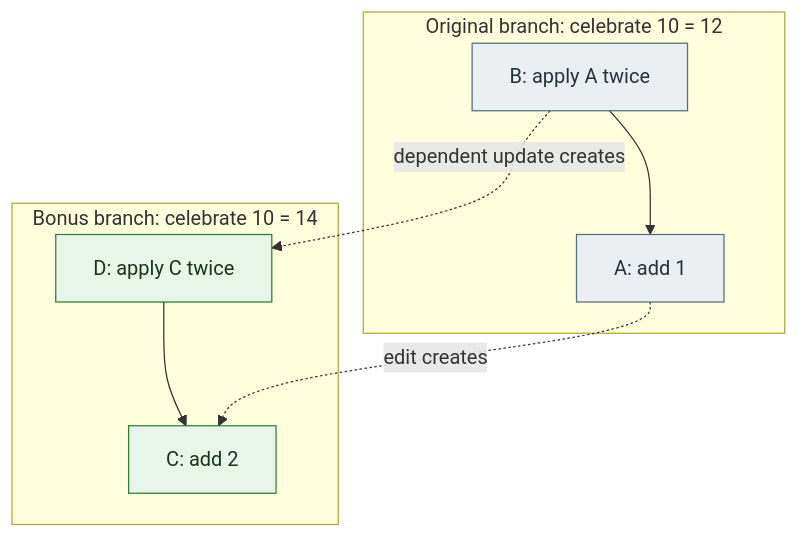
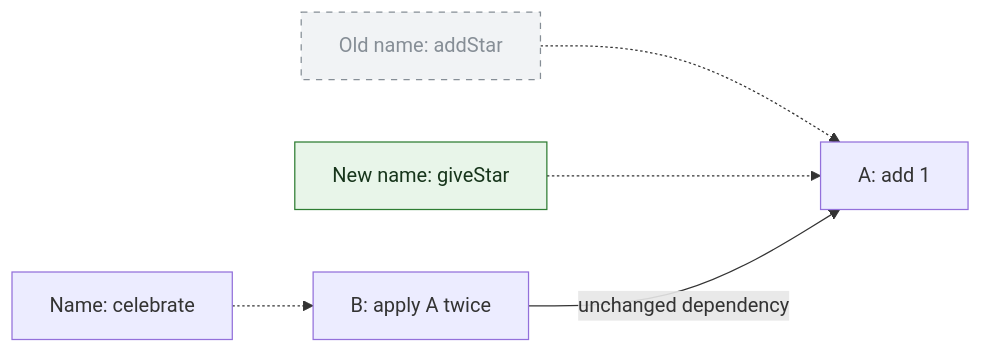
Before and after one commit to conikeec/learn_you_unison: the fourth of 4 diagrams in docs/01-code-that-knows-its-own-name.md, drawn with Mermaid. The commit also changed other lines of this file and 11 other files, not shown here.

````diff
--- a/docs/01-code-that-knows-its-own-name.md
+++ b/docs/01-code-that-knows-its-own-name.md
@@ -121,15 +384,9 @@
 ```mermaid
-flowchart TB
-  subgraph OLD["Original branch: celebrate 10 = 12"]
-    B["B: apply A twice"] --> A["A: add 1"]
-  end
-  subgraph NEW["Bonus branch: celebrate 10 = 14"]
-    D["D: apply C twice"] --> C["C: add 2"]
-  end
-  A -.->|"edit creates"| C
-  B -.->|"dependent update creates"| D
-  classDef old fill:#eceff1,stroke:#546e7a,color:#263238
-  classDef fresh fill:#e8f5e9,stroke:#2e7d32,color:#17351b
-  class A,B old
-  class C,D fresh
+flowchart LR
+  OLD["Old name: addStar"] -.-> A["A: add 1"]
+  NEW["New name: giveStar"] -.-> A
+  NAME["Name: celebrate"] -.-> B["B: apply A twice"]
+  B -->|"unchanged dependency"| A
+  style OLD fill:#f1f3f5,stroke:#868e96,color:#868e96,stroke-dasharray:5 5
+  style NEW fill:#e8f5e9,stroke:#2e7d32,color:#17351b
 ```
````
